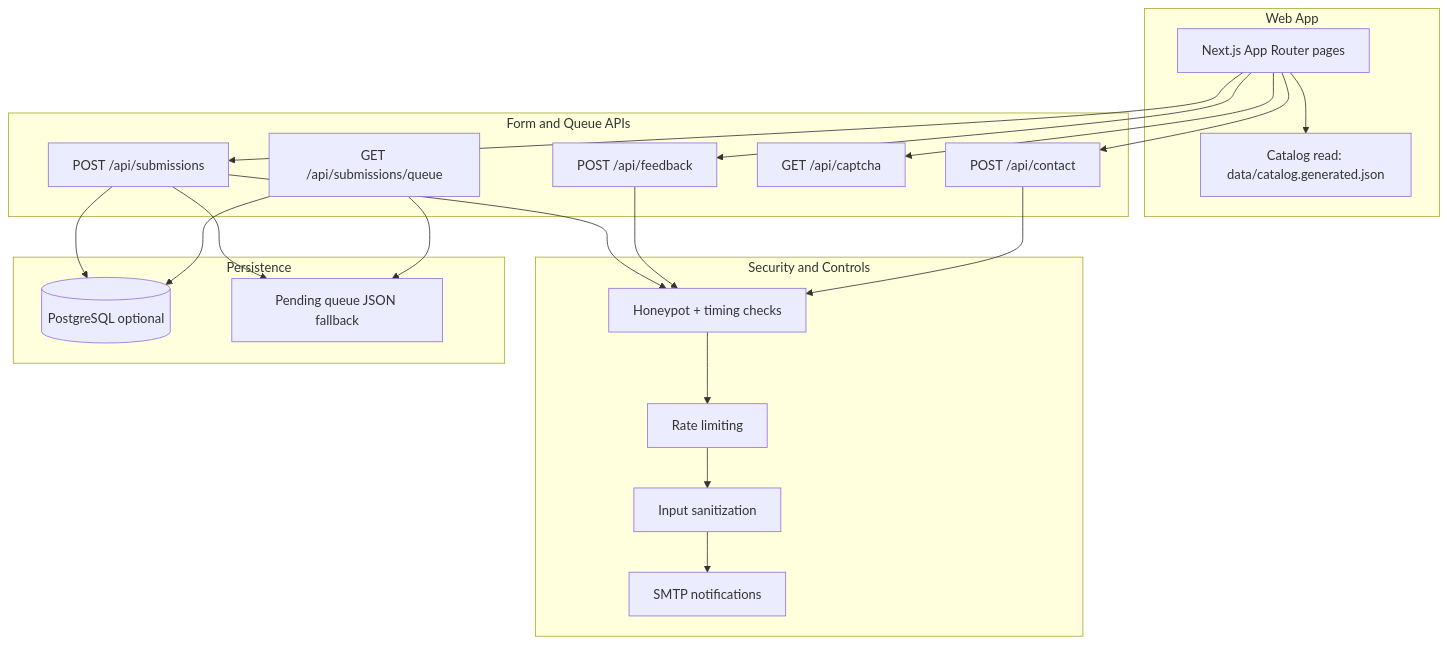
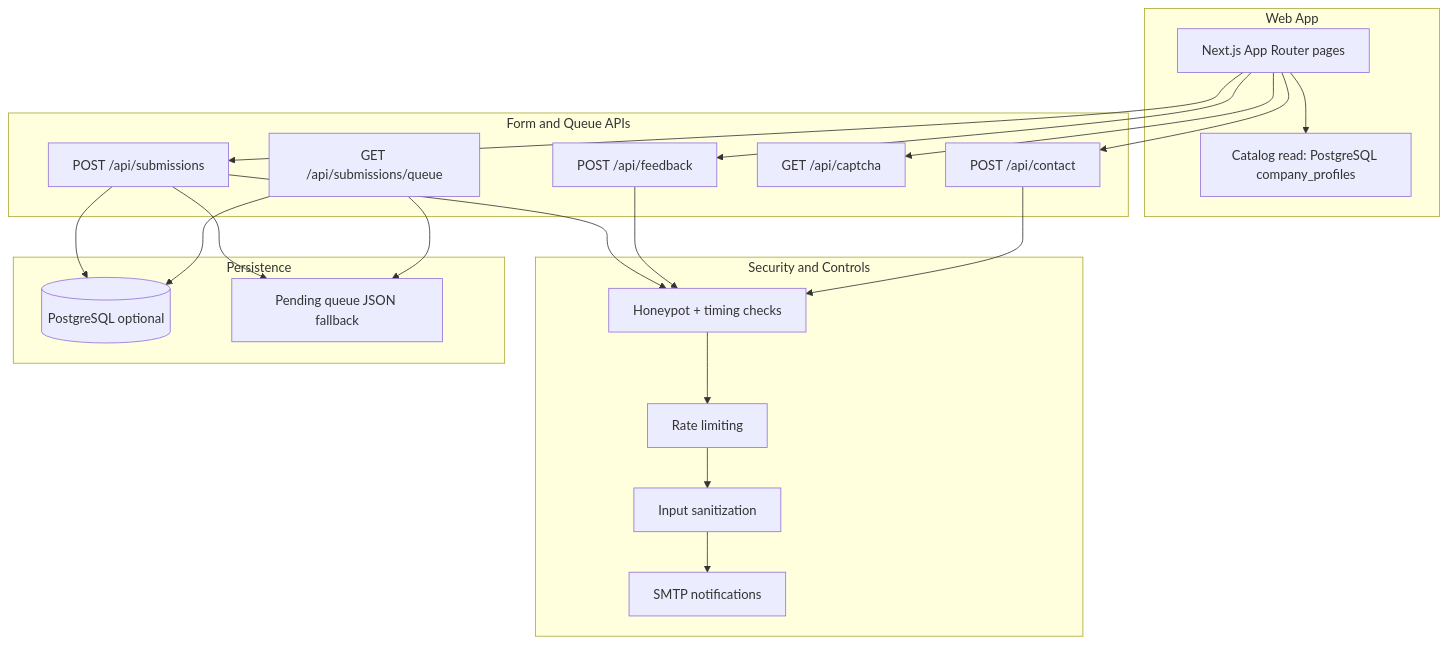
Before and after one commit to nuthanm/knowyourithub.com: the diagram in README.md, drawn with Mermaid. The commit also changed other lines of this file and 35 other files, not shown here.

First line of the commit message:
refactor: remove pipeline management and integrate database for company profiles

````diff
--- a/README.md
+++ b/README.md
@@ -74,40 +73,40 @@
 ```mermaid
 flowchart TB
   subgraph Frontend["Web App"]
     UI["Next.js App Router pages"]
-    DATA["Catalog read: data/catalog.generated.json"]
+    DATA["Catalog read: PostgreSQL company_profiles"]
   end
 
   subgraph APIs["Form and Queue APIs"]
     SUBMIT["POST /api/submissions"]
     FEED["POST /api/feedback"]
     CONTACT["POST /api/contact"]
     CAPTCHA["GET /api/captcha"]
     QUEUE["GET /api/submissions/queue"]
   end
 
   subgraph Controls["Security and Controls"]
     BOT["Honeypot + timing checks"]
     LIMIT["Rate limiting"]
     SAN["Input sanitization"]
     MAIL["SMTP notifications"]
   end
 
   subgraph Storage["Persistence"]
     PG[("PostgreSQL optional")]
     JSONQ["Pending queue JSON fallback"]
   end
 
   UI --> DATA
   UI --> SUBMIT
   UI --> FEED
   UI --> CONTACT
   UI --> CAPTCHA
   SUBMIT --> BOT --> LIMIT --> SAN --> MAIL
   FEED --> BOT
   CONTACT --> BOT
   SUBMIT --> PG
   SUBMIT --> JSONQ
   QUEUE --> PG
   QUEUE --> JSONQ
 ```
````
